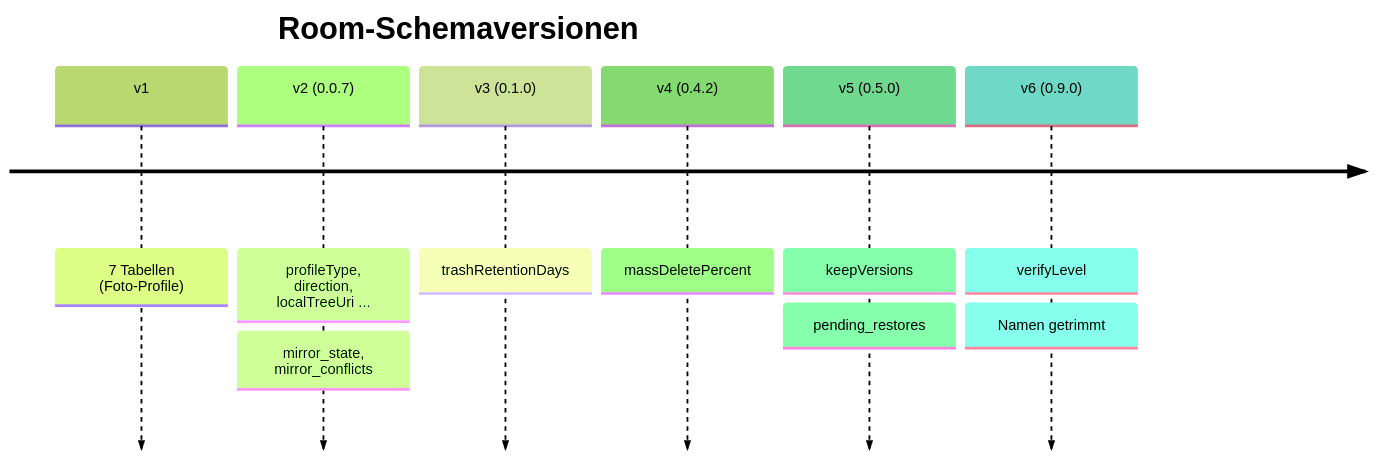
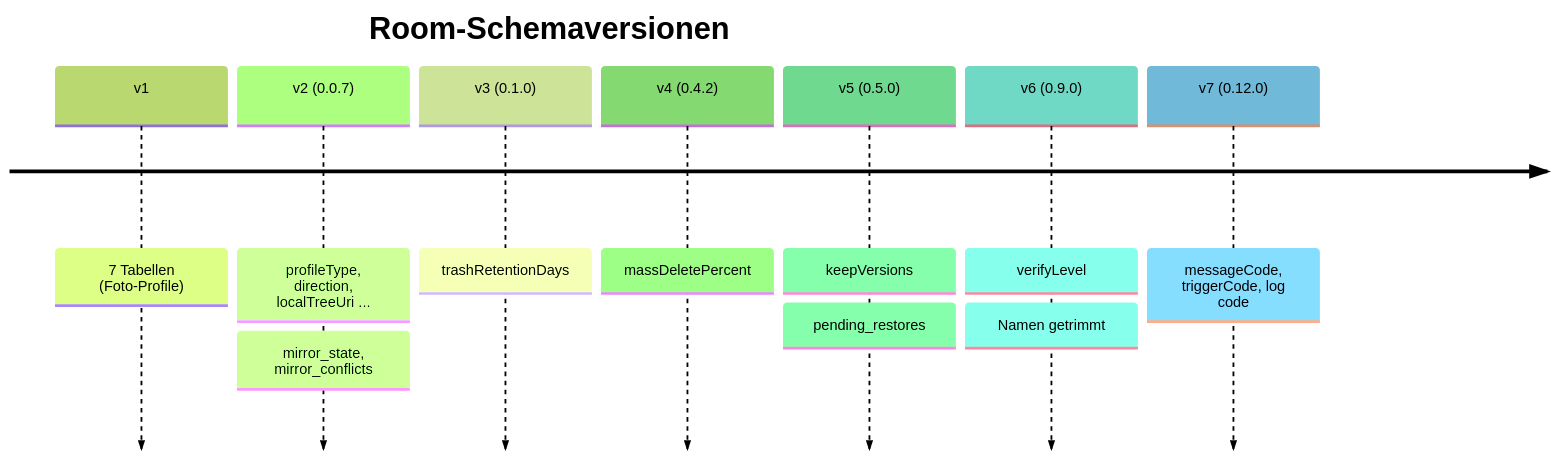
The sixth of 6 diagrams in docs/DATA-MODEL.md (Apop85/Sync2PC), drawn with Mermaid (forest theme) before and after one commit. The commit also changed other lines of this file and 40 other files, not shown here.

````diff
--- a/docs/DATA-MODEL.md
+++ b/docs/DATA-MODEL.md
@@ -735,10 +752,11 @@
 ```mermaid
 timeline
     title Room-Schemaversionen
     v1 : 7 Tabellen (Foto-Profile)
     v2 (0.0.7) : profileType, direction, localTreeUri ... : mirror_state, mirror_conflicts
     v3 (0.1.0) : trashRetentionDays
     v4 (0.4.2) : massDeletePercent
     v5 (0.5.0) : keepVersions : pending_restores
     v6 (0.9.0) : verifyLevel : Namen getrimmt
+    v7 (0.12.0) : messageCode, triggerCode, log code
 ```
````
